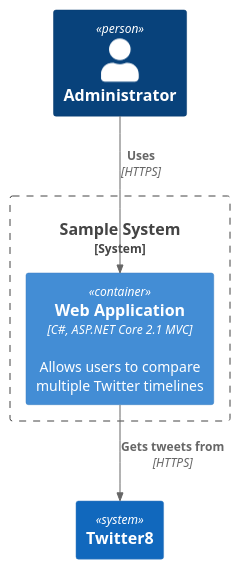
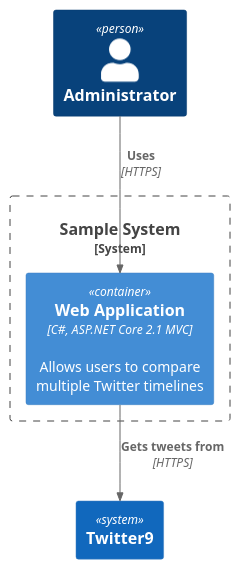
Before and after one commit to kcirtapfromspace/plantuml: the diagram in doc/design/assets/diagram2.puml, drawn with PlantUML. The commit also changed 1 other file, not shown here.

```diff
--- a/doc/design/assets/diagram2.puml
+++ b/doc/design/assets/diagram2.puml
@@ -1,13 +1,13 @@
 @startuml Basic_Sample
 !include https://raw.githubusercontent.com/plantuml-stdlib/C4-PlantUML/master/C4_Container.puml
 
 Person(admin, "Administrator")
 System_Boundary(c1, "Sample System") {
     Container(web_app, "Web Application", "C#, ASP.NET Core 2.1 MVC", "Allows users to compare multiple Twitter timelines")
 }
 System(twitter, "Twitter")
-System(twitter, "Twitter8")
+System(twitter, "Twitter9")
 
 Rel(admin, web_app, "Uses", "HTTPS")
 Rel(web_app, twitter, "Gets tweets from", "HTTPS")
 @enduml
```
